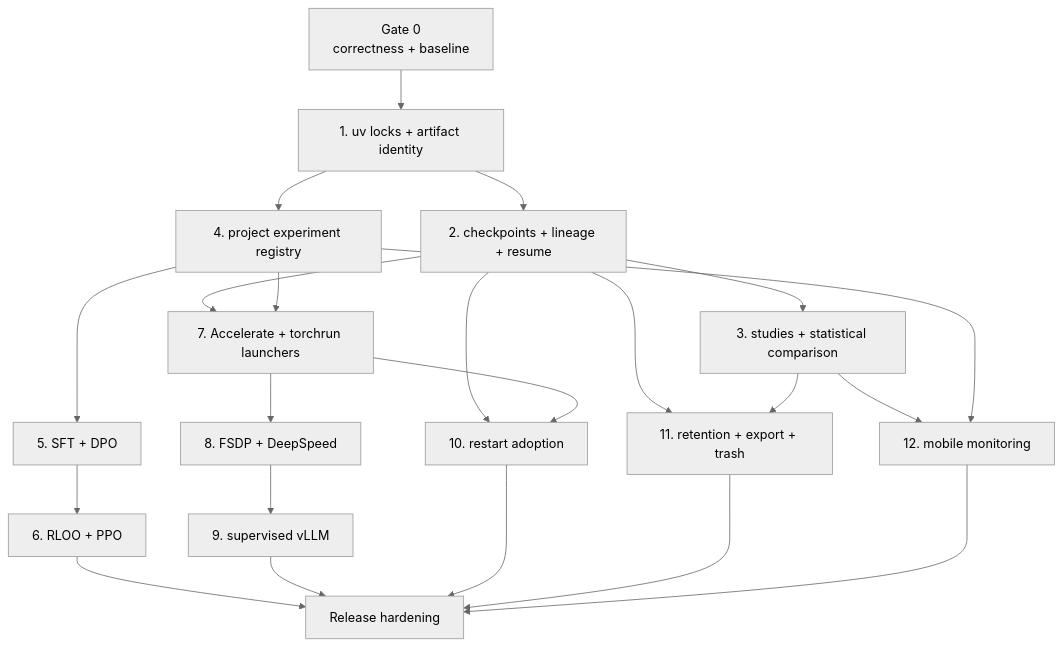
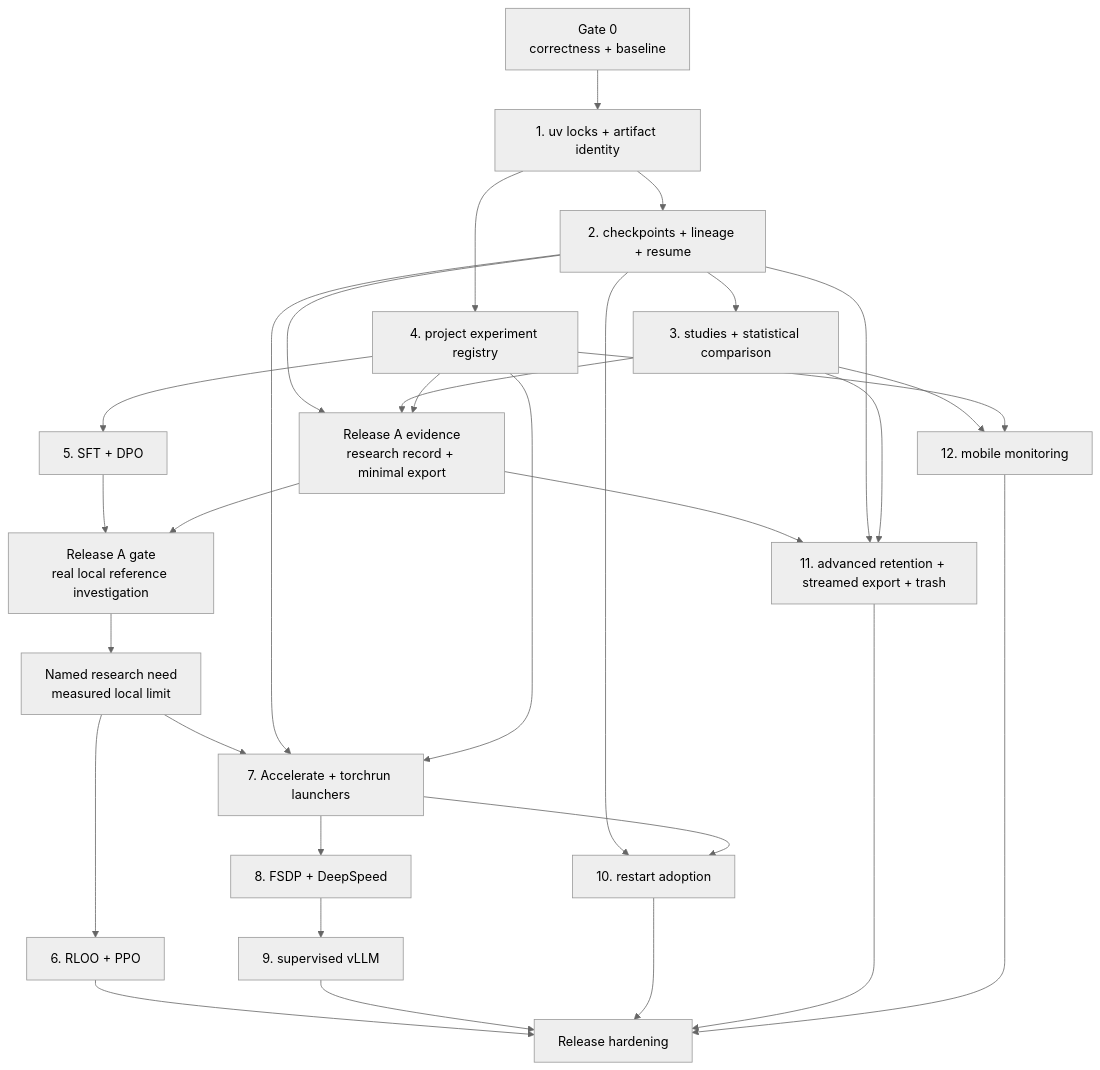
One commit to Luisgarcav/t3rl changed the second of 2 diagrams in docs/superpowers/plans/2026-09-04-serious-llm-post-training.md. Above: the diagram before and after it, drawn with Mermaid (neutral theme). The commit also changed other lines of this file and 68 other files, not shown here.

Commit message:
feat(rl): prepare v0.0.35 with verified research evidence

````diff
--- a/docs/superpowers/plans/2026-09-04-serious-llm-post-training.md
+++ b/docs/superpowers/plans/2026-09-04-serious-llm-post-training.md
@@ -102,39 +176,50 @@
 ```mermaid
 flowchart TD
     G0["Gate 0<br/>correctness + baseline"]
     M1["1. uv locks + artifact identity"]
     M2["2. checkpoints + lineage + resume"]
     M3["3. studies + statistical comparison"]
     M4["4. project experiment registry"]
     M5["5. SFT + DPO"]
+    E["Release A evidence<br/>research record + minimal export"]
+    A["Release A gate<br/>real local reference investigation"]
+    N["Named research need<br/>measured local limit"]
     M6["6. RLOO + PPO"]
     M7["7. Accelerate + torchrun launchers"]
     M8["8. FSDP + DeepSpeed"]
     M9["9. supervised vLLM"]
     M10["10. restart adoption"]
-    M11["11. retention + export + trash"]
+    M11["11. advanced retention + streamed export + trash"]
     M12["12. mobile monitoring"]
     H["Release hardening"]
 
     G0 --> M1
     M1 --> M2
     M2 --> M3
     M1 --> M4
     M4 --> M5
-    M5 --> M6
+    M2 --> E
+    M3 --> E
+    M4 --> E
+    M5 --> A
+    E --> A
+    A --> N
+    N --> M6
+    N --> M7
     M2 --> M7
     M4 --> M7
     M7 --> M8
     M8 --> M9
     M2 --> M10
     M7 --> M10
+    E --> M11
     M2 --> M11
     M3 --> M11
     M3 --> M12
     M4 --> M12
     M6 --> H
     M9 --> H
     M10 --> H
     M11 --> H
     M12 --> H
 ```
````
